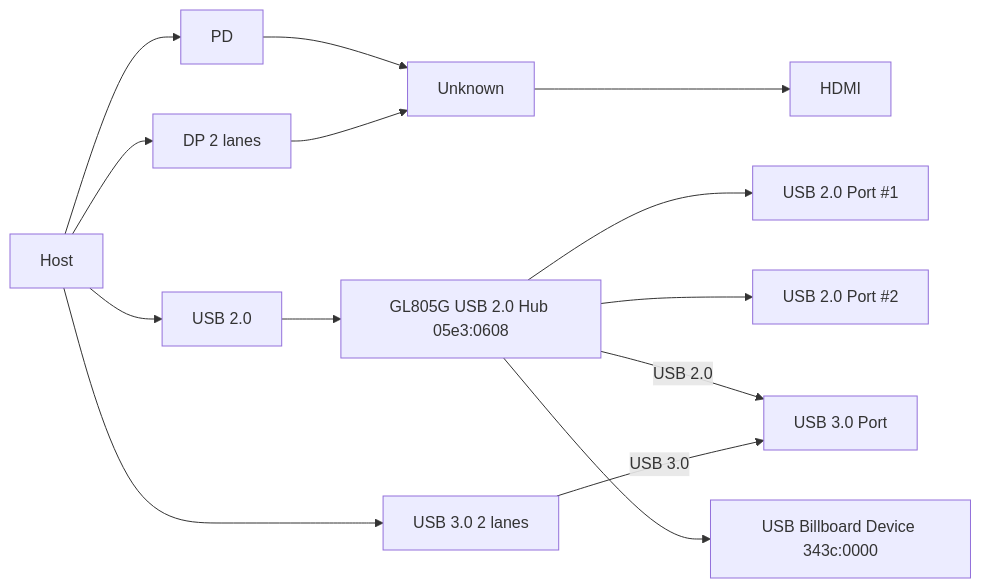
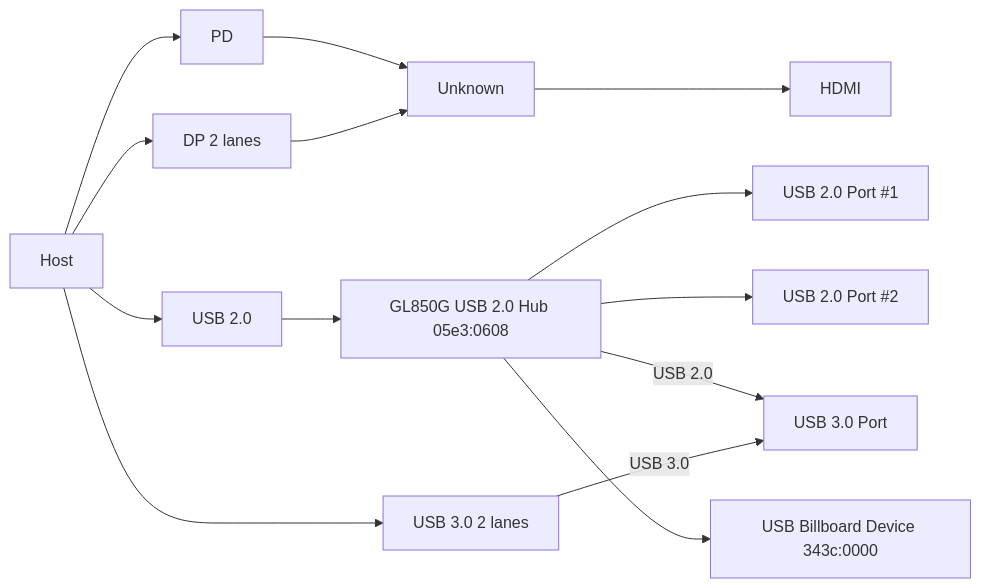
One commit to jiegec/blog-source changed the fifth of 5 diagrams in docs/blog/posts/hardware/type-c-dongle-analysis.md. Above: the diagram before and after it, drawn with Mermaid. The commit also changed other lines of this file, not shown here.

Commit message:
Add SWR1607L/93 analysis

````diff
--- a/docs/blog/posts/hardware/type-c-dongle-analysis.md
+++ b/docs/blog/posts/hardware/type-c-dongle-analysis.md
@@ -188,11 +188,11 @@
 ```mermaid
 flowchart LR
     Host --> PD --> Unknown
-    Host --> USB2[USB 2.0] --> GL805G[GL805G USB 2.0 Hub 05e3:0608]
-    GL805G --> Port2[USB 2.0 Port #1]
-    GL805G --> Port3[USB 2.0 Port #2]
-    GL805G -->|USB 2.0| Port1
-    GL805G --> Port5[USB Billboard Device 343c:0000]
+    Host --> USB2[USB 2.0] --> GL850G[GL850G USB 2.0 Hub 05e3:0608]
+    GL850G --> Port2[USB 2.0 Port #1]
+    GL850G --> Port3[USB 2.0 Port #2]
+    GL850G -->|USB 2.0| Port1
+    GL850G --> Port5[USB Billboard Device 343c:0000]
     Host --> USB3[USB 3.0 2 lanes] -->|USB 3.0| Port1[USB 3.0 Port]
     Host --> DP[DP 2 lanes] --> Unknown --> HDMI
 ```
````
